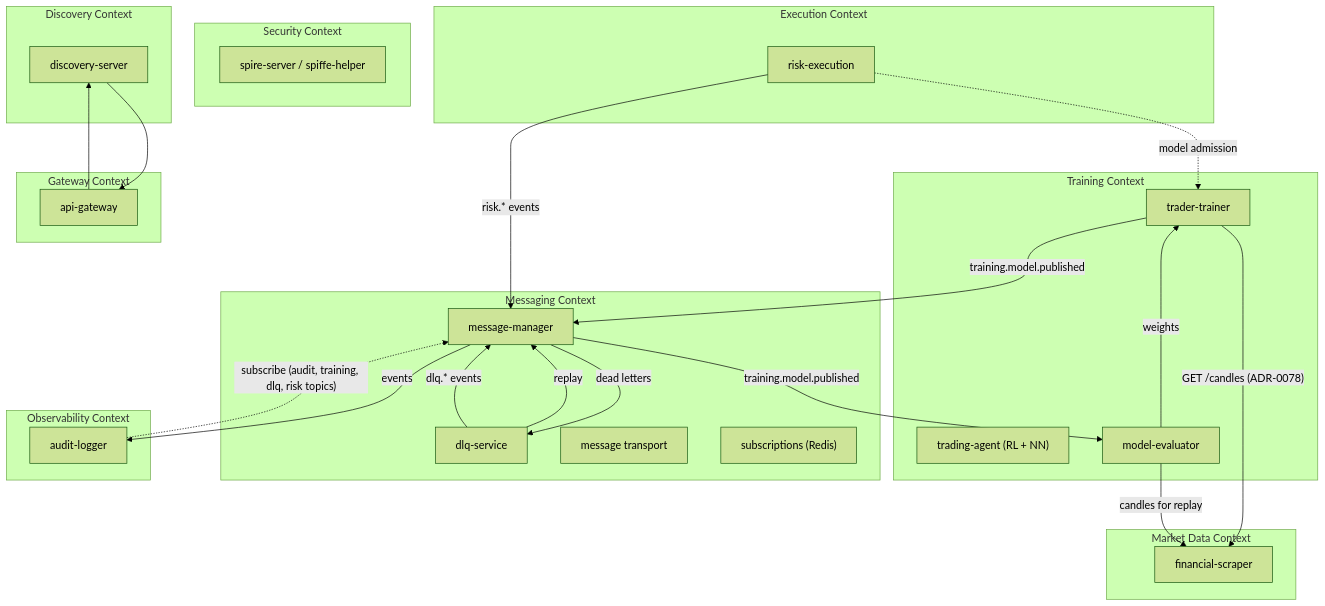
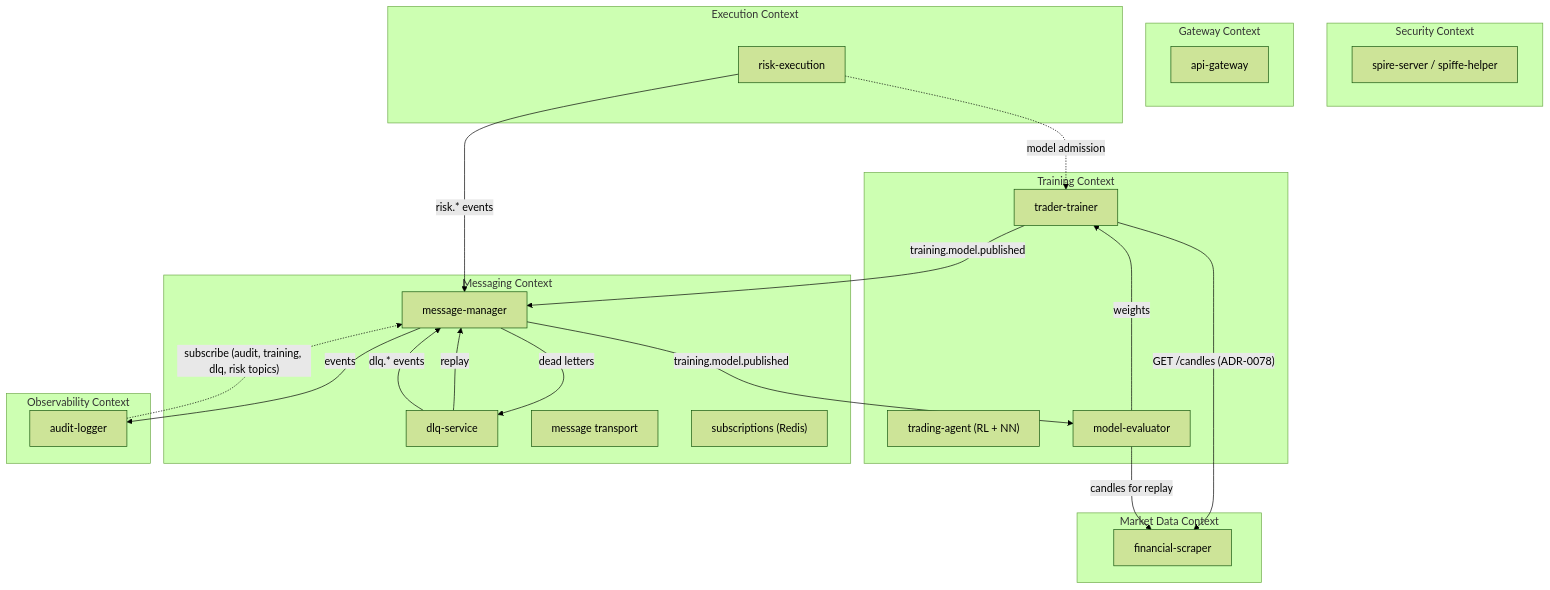
The diagram in docs/architecture/bounded-contexts.md (docteur-turboss/trading-model), drawn with Mermaid (forest theme) before and after one commit. The commit also changed other lines of this file and 324 other files, not shown here.

First line of the commit message:
:recycle:(discovery-server): release N+1 of retiring discovery-server, forward /v<major> and drop registration (#1208) (#1799)

````diff
--- a/docs/architecture/bounded-contexts.md
+++ b/docs/architecture/bounded-contexts.md
@@ -7,47 +7,42 @@
 ```mermaid
 graph TD
     subgraph "Market Data Context"
         FS["financial-scraper"]
     end
     subgraph "Training Context"
         TT["trader-trainer"]
         TS["trading-agent (RL + NN)"]
         ME["model-evaluator"]
     end
     subgraph "Messaging Context"
         MM["message-manager"]
         DLQ["dlq-service"]
         MT["message transport"]
         SUB["subscriptions (Redis)"]
     end
     subgraph "Security Context"
         SP["spire-server / spiffe-helper"]
-    end
-    subgraph "Discovery Context"
-        DS["discovery-server"]
     end
     subgraph "Observability Context"
         AL["audit-logger"]
     end
     subgraph "Gateway Context"
         GW["api-gateway"]
     end
     subgraph "Execution Context"
         RE["risk-execution"]
     end
 
     TT -->|"training.model.published"| MM
     TT -->|"GET /candles (ADR-0078)"| FS
     MM -->|"training.model.published"| ME
     ME -->|"weights"| TT
     ME -->|"candles for replay"| FS
     MM -->|"events"| AL
     AL -.->|"subscribe (audit, training, dlq, risk topics)"| MM
     MM -->|"dead letters"| DLQ
     DLQ -->|"replay"| MM
     DLQ -->|"dlq.* events"| MM
-    DS --> GW
     RE -->|"risk.* events"| MM
     RE -.->|"model admission"| TT
-    GW --> DS
 ```
````
